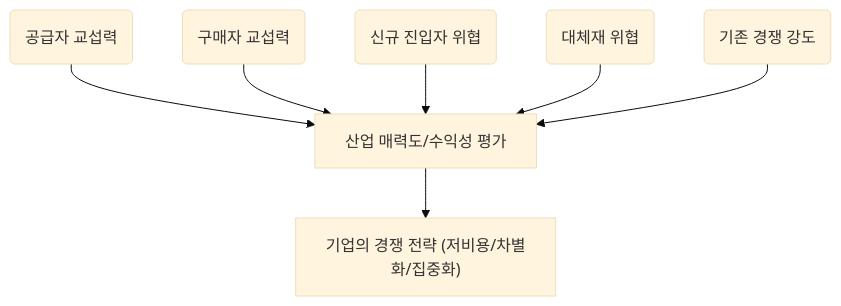
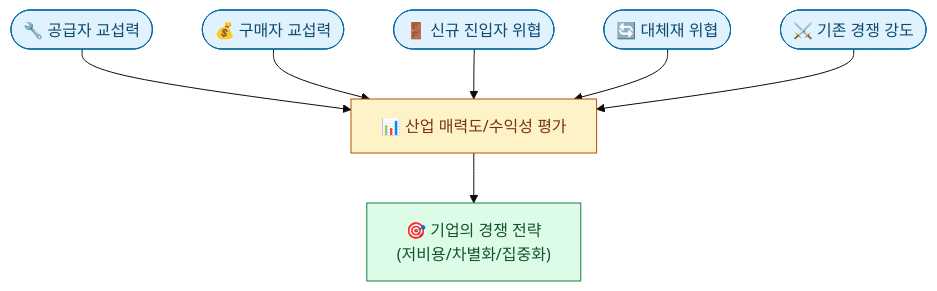
One commit to soobworks/business-research-practice changed the second of 2 diagrams in porters-five-forces/porters-five-forces-methodology.md. Above: the diagram before and after it, drawn with Mermaid (base theme). The commit also changed other lines of this file and 7 other files, not shown here.

Commit message:
Add mermaid diagrams and visual gauges to Five Forces and value chain docs

````diff
--- a/porters-five-forces/porters-five-forces-methodology.md
+++ b/porters-five-forces/porters-five-forces-methodology.md
@@ -66,18 +97,24 @@
 ```mermaid
 graph TD
-    A[산업 매력도/수익성 평가]
-    B(공급자 교섭력)
-    C(구매자 교섭력)
-    D(신규 진입자 위협)
-    E(대체재 위협)
-    F(기존 경쟁 강도)
+    B(["🔧 공급자 교섭력"])
+    C(["💰 구매자 교섭력"])
+    D(["🚪 신규 진입자 위협"])
+    E(["🔄 대체재 위협"])
+    F(["⚔️ 기존 경쟁 강도"])
+    A["📊 산업 매력도/수익성 평가"]
+    G["🎯 기업의 경쟁 전략<br/>(저비용/차별화/집중화)"]
 
     B --> A
     C --> A
     D --> A
     E --> A
     F --> A
+    A --> G
 
-    G["기업의 경쟁 전략 (저비용/차별화/집중화)"]
-    A --> G
+    classDef forceNode fill:#e0f2fe,stroke:#0369a1,color:#0c4a6e;
+    classDef resultNode fill:#fef3c7,stroke:#b45309,color:#78350f;
+    classDef actionNode fill:#dcfce7,stroke:#15803d,color:#14532d;
+    class B,C,D,E,F forceNode;
+    class A resultNode;
+    class G actionNode;
 ```
````
